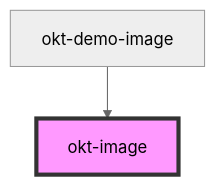
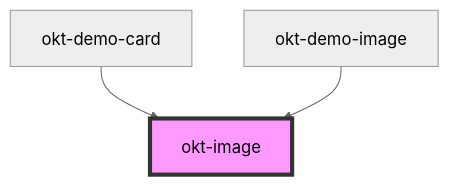
The diagram in src/components/image/readme.md (oktopusdgtl/bulma-components), drawn with Mermaid (neutral theme) before and after one commit. The commit also changed other lines of this file and 32 other files, not shown here.

````diff
--- a/src/components/image/readme.md
+++ b/src/components/image/readme.md
@@ -26,5 +27,6 @@
 ```mermaid
 graph TD;
+  okt-demo-card --> okt-image
   okt-demo-image --> okt-image
   style okt-image fill:#f9f,stroke:#333,stroke-width:4px
 ```
````
